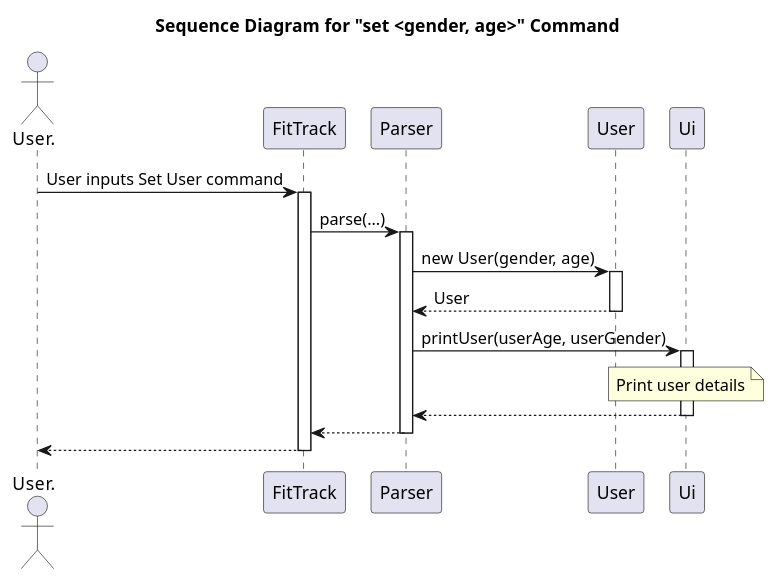
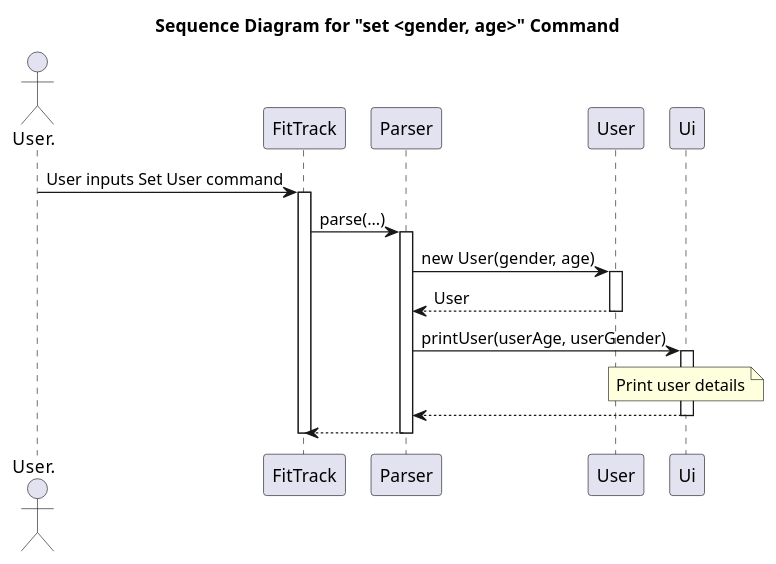
One commit to nus-cs2113-AY2425S1/tp changed the diagram in docs/Diagrams/Sequence_SetUser.puml. Above: the diagram before and after it, drawn with PlantUML. The commit also changed 9 other files, not shown here.

```diff
--- a/docs/Diagrams/Sequence_SetUser.puml
+++ b/docs/Diagrams/Sequence_SetUser.puml
@@ -1,30 +1,29 @@
 @startuml
 title Sequence Diagram for "set <gender, age>" Command
 
 actor User.
 
 User. -> FitTrack: User inputs Set User command
 
 activate FitTrack
 FitTrack -> Parser: parse(...)
 activate Parser
 
 Parser -> User: new User(gender, age)
 activate User
 User --> Parser: User
 deactivate User
 
 Parser -> Ui: printUser(userAge, userGender)
 activate Ui
 
 note over Ui
     Print user details
 end note
 Ui --> Parser
 deactivate Ui
 Parser --> FitTrack
 deactivate Parser
-FitTrack --> User.
 deactivate FitTrack
 
 @enduml
```
